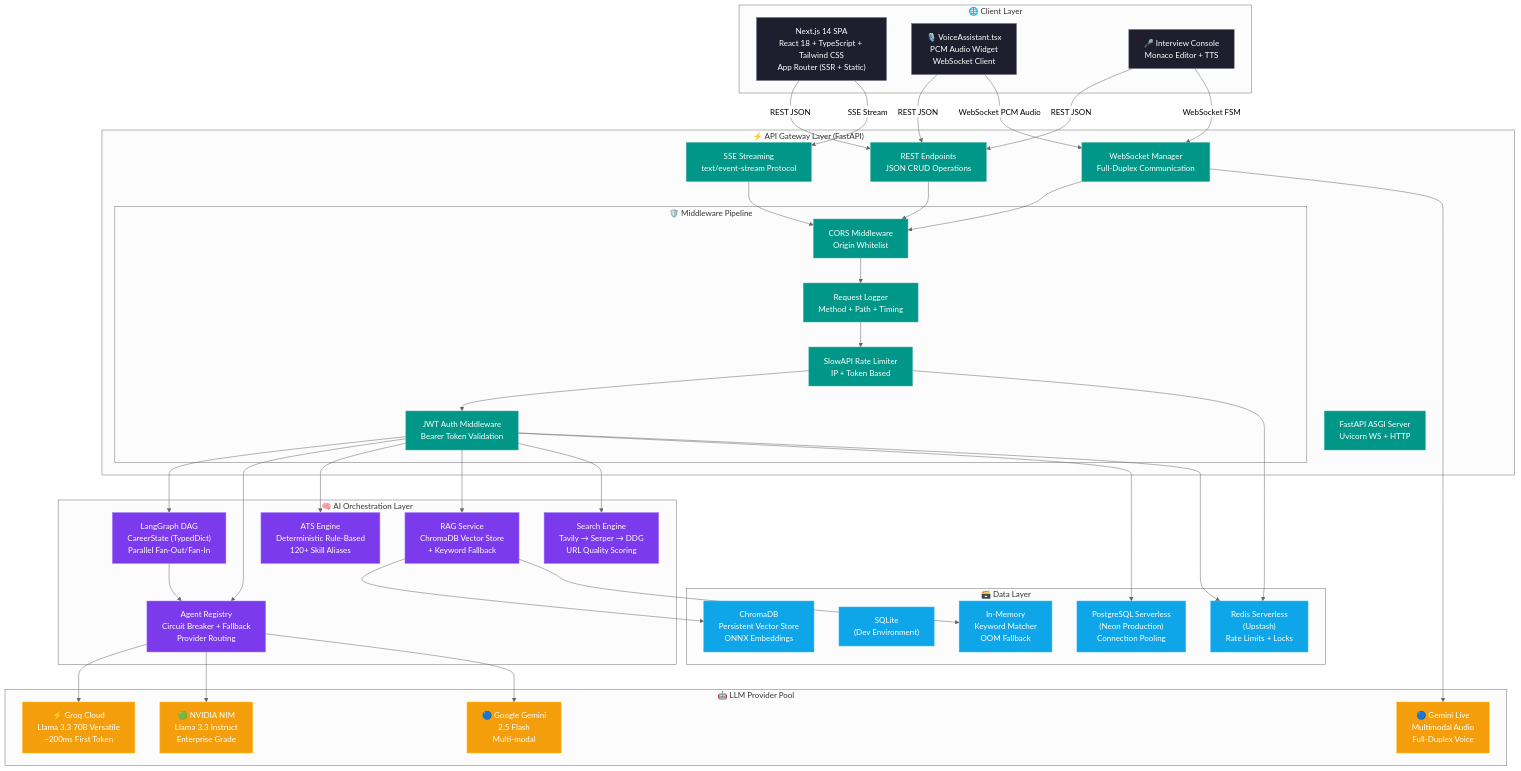
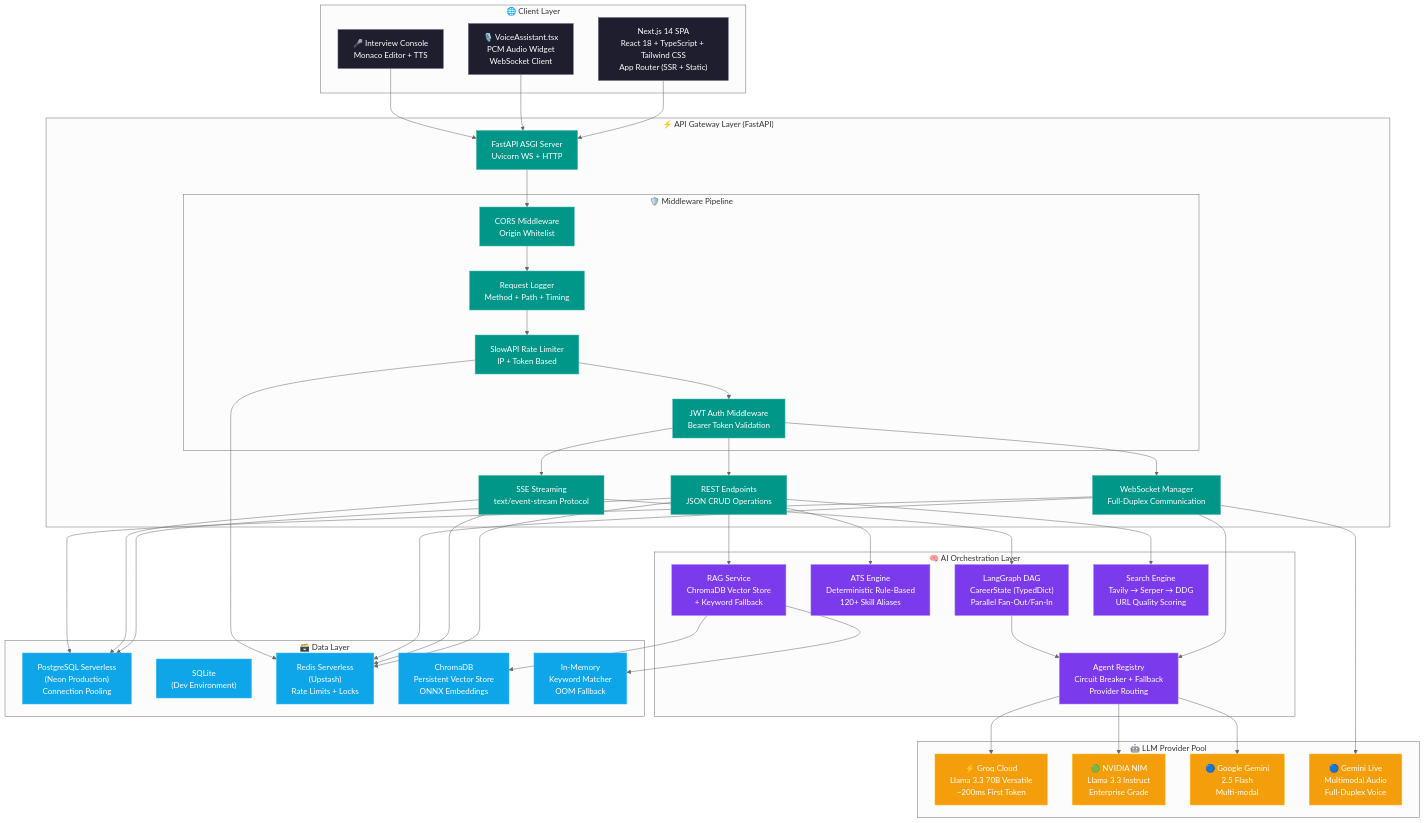
The first of 34 diagrams in ARCHITECTURE.md (Anil-Pradhan-web/ai-career-mentor), drawn with Mermaid (neutral theme) before and after one commit.

Commit message:
docs: correct client-middleware-route handler request flows in ARCHITECTURE.md high-level system diagram

````diff
--- a/ARCHITECTURE.md
+++ b/ARCHITECTURE.md
@@ -45,77 +45,72 @@
 ```mermaid
 graph TB
     classDef client fill:#1e1e2e,color:#fff,stroke:#6c7086
     classDef gateway fill:#009688,color:#fff,stroke:#4db6ac
     classDef ai fill:#7c3aed,color:#fff,stroke:#a78bfa
     classDef llm fill:#f59e0b,color:#fff,stroke:#fbbf24
     classDef data fill:#0ea5e9,color:#fff,stroke:#38bdf8
     classDef ext fill:#ef4444,color:#fff,stroke:#f87171
 
     subgraph "🌐 Client Layer"
         UI["Next.js 14 SPA<br/>React 18 + TypeScript + Tailwind CSS<br/>App Router (SSR + Static)"]
         VA["🎙️ VoiceAssistant.tsx<br/>PCM Audio Widget<br/>WebSocket Client"]
         MI["🎤 Interview Console<br/>Monaco Editor + TTS"]
     end
 
     subgraph "⚡ API Gateway Layer (FastAPI)"
         GW["FastAPI ASGI Server<br/>Uvicorn WS + HTTP"]
         REST["REST Endpoints<br/>JSON CRUD Operations"]
         SSE["SSE Streaming<br/>text/event-stream Protocol"]
         WS_MGR["WebSocket Manager<br/>Full-Duplex Communication"]
         
         subgraph "🛡️ Middleware Pipeline"
             CORS["CORS Middleware<br/>Origin Whitelist"]
             LOG["Request Logger<br/>Method + Path + Timing"]
             SLW["SlowAPI Rate Limiter<br/>IP + Token Based"]
             JWT["JWT Auth Middleware<br/>Bearer Token Validation"]
         end
     end
 
     subgraph "🧠 AI Orchestration Layer"
         LG["LangGraph DAG<br/>CareerState (TypedDict)<br/>Parallel Fan-Out/Fan-In"]
         REG["Agent Registry<br/>Circuit Breaker + Fallback<br/>Provider Routing"]
         ATS["ATS Engine<br/>Deterministic Rule-Based<br/>120+ Skill Aliases"]
         RAG_SVC["RAG Service<br/>ChromaDB Vector Store<br/>+ Keyword Fallback"]
         SE["Search Engine<br/>Tavily → Serper → DDG<br/>URL Quality Scoring"]
     end
 
     subgraph "🤖 LLM Provider Pool"
         GROQ["⚡ Groq Cloud<br/>Llama 3.3 70B Versatile<br/>~200ms First Token"]
         NVD["🟢 NVIDIA NIM<br/>Llama 3.3 Instruct<br/>Enterprise Grade"]
         GEM["🔵 Google Gemini<br/>2.5 Flash<br/>Multi-modal"]
         GML["🔵 Gemini Live<br/>Multimodal Audio<br/>Full-Duplex Voice"]
     end
 
     subgraph "🗃️ Data Layer"
         PG["PostgreSQL Serverless<br/>(Neon Production)<br/>Connection Pooling"]
         SQL["SQLite<br/>(Dev Environment)"]
         RD["Redis Serverless<br/>(Upstash)<br/>Rate Limits + Locks"]
         CD["ChromaDB<br/>Persistent Vector Store<br/>ONNX Embeddings"]
         MEM["In-Memory<br/>Keyword Matcher<br/>OOM Fallback"]
     end
 
-    UI & VA & MI -->|"REST JSON"| REST
-    UI -->|"SSE Stream"| SSE
-    MI -->|"WebSocket FSM"| WS_MGR
-    VA -->|"WebSocket PCM Audio"| WS_MGR
+    UI & VA & MI --> GW
+    GW --> CORS --> LOG --> SLW --> JWT
+    JWT --> REST & SSE & WS_MGR
     
-    REST & SSE & WS_MGR --> CORS --> LOG --> SLW --> JWT
-    
-    JWT --> LG & REG & ATS & RAG_SVC & SE
+    REST --> ATS & RAG_SVC & SE & PG & RD
+    SSE --> LG & PG & RD
+    WS_MGR --> REG & GML & PG & RD
     
     LG --> REG
     REG --> GROQ & NVD & GEM
-    WS_MGR --> GML
     
-    JWT --> PG
-    JWT --> RD
     SLW --> RD
-    
     RAG_SVC --> CD & MEM
     
     class UI,VA,MI client
     class GW,REST,SSE,WS_MGR,CORS,LOG,SLW,JWT gateway
     class LG,REG,ATS,RAG_SVC,SE ai
     class GROQ,NVD,GEM,GML llm
     class PG,SQL,RD,CD,MEM data
 ```
````
